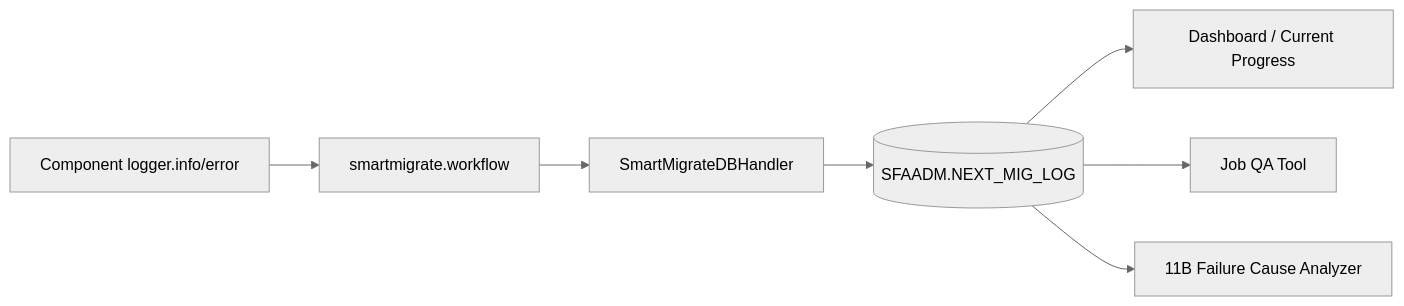
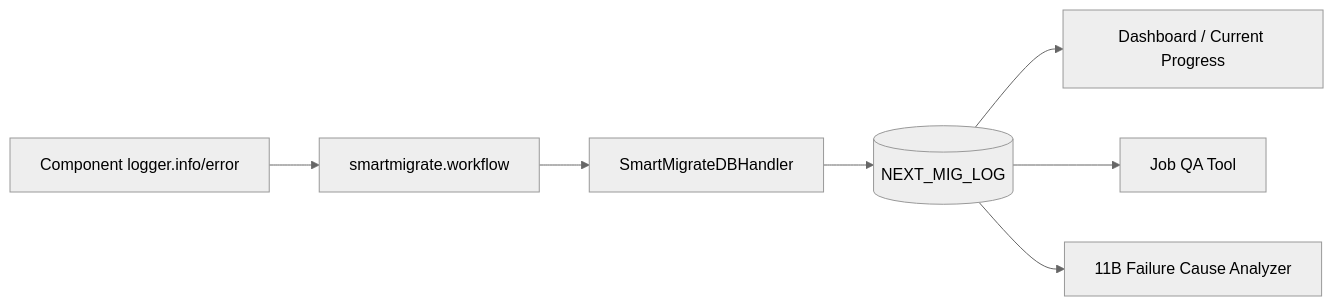
One commit to seongikjin227-jpg/refactoring_smartMigrate changed the first of 3 diagrams in langflow_260831_poc_complete/00_architecture_chapter5_logging_operations.md. Above: the diagram before and after it, drawn with Mermaid (neutral theme). The commit also changed other lines of this file and 23 other files, not shown here.

````diff
--- a/langflow_260831_poc_complete/00_architecture_chapter5_logging_operations.md
+++ b/langflow_260831_poc_complete/00_architecture_chapter5_logging_operations.md
@@ -7,9 +7,9 @@
 ```mermaid
 flowchart LR
     COMP[Component logger.info/error] --> PYLOG[smartmigrate.workflow]
     PYLOG --> H[SmartMigrateDBHandler]
-    H --> DB[(SFAADM.NEXT_MIG_LOG)]
+    H --> DB[(NEXT_MIG_LOG)]
     DB --> DASH[Dashboard / Current Progress]
     DB --> QA[Job QA Tool]
     DB --> F11B[11B Failure Cause Analyzer]
 ```
````
